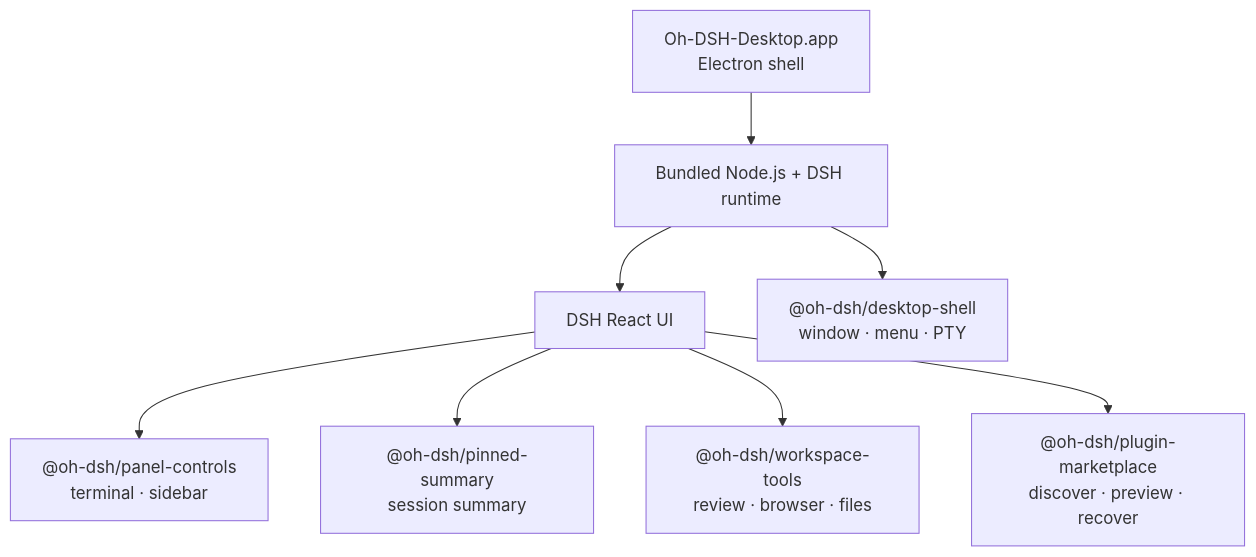
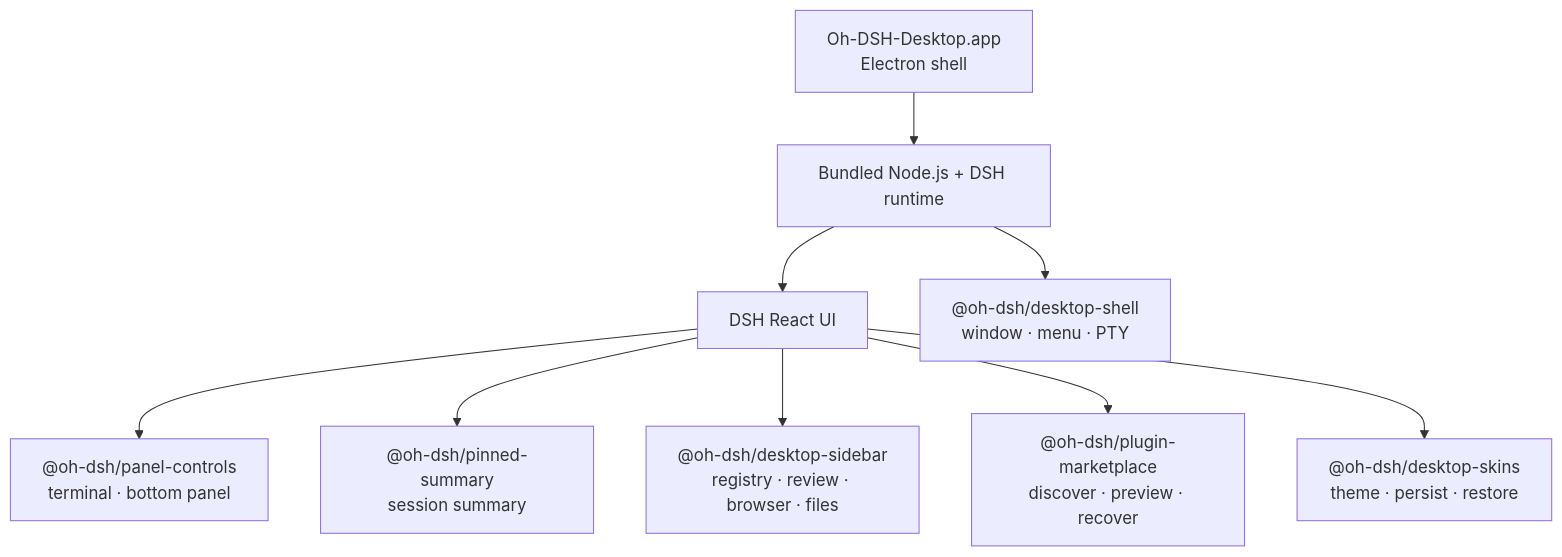
One commit to 7oMB2006/oh-dsh changed the diagram in README.en.md. Above: the diagram before and after it, drawn with Mermaid. The commit also changed other lines of this file and 3 other files, not shown here.

````diff
--- a/README.en.md
+++ b/README.en.md
@@ -144,19 +182,21 @@
 ```mermaid
 flowchart TB
   App["Oh-DSH-Desktop.app<br/>Electron shell"]
   Runtime["Bundled Node.js + DSH runtime"]
   UI["DSH React UI"]
   Shell["@oh-dsh/desktop-shell<br/>window · menu · PTY"]
-  Panels["@oh-dsh/panel-controls<br/>terminal · sidebar"]
+  Panels["@oh-dsh/panel-controls<br/>terminal · bottom panel"]
   Summary["@oh-dsh/pinned-summary<br/>session summary"]
-  Tools["@oh-dsh/workspace-tools<br/>review · browser · files"]
+  Tools["@oh-dsh/desktop-sidebar<br/>registry · review · browser · files"]
   Market["@oh-dsh/plugin-marketplace<br/>discover · preview · recover"]
+  Skins["@oh-dsh/desktop-skins<br/>theme · persist · restore"]
 
   App --> Runtime
   Runtime --> UI
   Runtime --> Shell
   UI --> Panels
   UI --> Summary
   UI --> Tools
   UI --> Market
+  UI --> Skins
 ```
````
